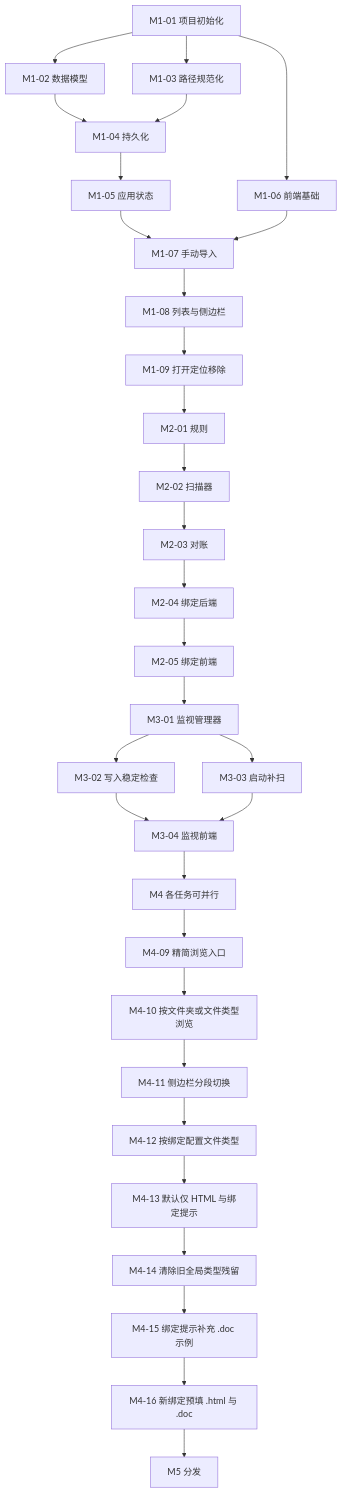
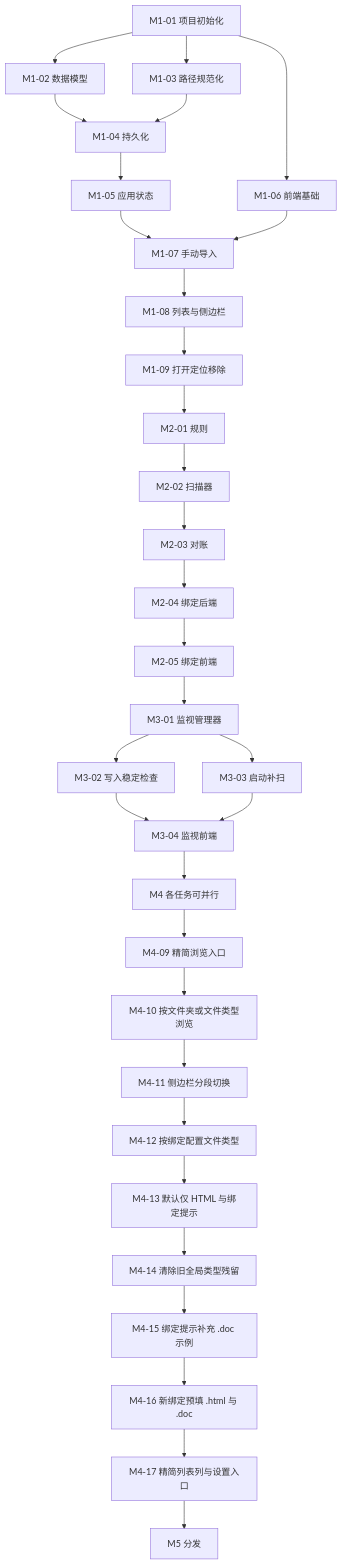
Before and after one commit to 623zhu/file_link: the diagram in docs/PLAN.md, drawn with Mermaid. The commit also changed other lines of this file and 1 other file, not shown here.

````diff
--- a/docs/PLAN.md
+++ b/docs/PLAN.md
@@ -106,36 +107,37 @@
 ```mermaid
 flowchart TD
   M1_01[M1-01 项目初始化] --> M1_02[M1-02 数据模型]
   M1_01 --> M1_03[M1-03 路径规范化]
   M1_01 --> M1_06[M1-06 前端基础]
   M1_02 --> M1_04[M1-04 持久化]
   M1_03 --> M1_04
   M1_04 --> M1_05[M1-05 应用状态]
   M1_05 --> M1_07[M1-07 手动导入]
   M1_06 --> M1_07
   M1_07 --> M1_08[M1-08 列表与侧边栏]
   M1_08 --> M1_09[M1-09 打开定位移除]
 
   M1_09 --> M2_01[M2-01 规则]
   M2_01 --> M2_02[M2-02 扫描器]
   M2_02 --> M2_03[M2-03 对账]
   M2_03 --> M2_04[M2-04 绑定后端]
   M2_04 --> M2_05[M2-05 绑定前端]
 
   M2_05 --> M3_01[M3-01 监视管理器]
   M3_01 --> M3_02[M3-02 写入稳定检查]
   M3_01 --> M3_03[M3-03 启动补扫]
   M3_02 --> M3_04[M3-04 监视前端]
   M3_03 --> M3_04
 
   M3_04 --> M4[M4 各任务可并行]
   M4 --> M4_09[M4-09 精简浏览入口]
   M4_09 --> M4_10[M4-10 按文件夹或文件类型浏览]
   M4_10 --> M4_11[M4-11 侧边栏分段切换]
   M4_11 --> M4_12[M4-12 按绑定配置文件类型]
   M4_12 --> M4_13[M4-13 默认仅 HTML 与绑定提示]
   M4_13 --> M4_14[M4-14 清除旧全局类型残留]
   M4_14 --> M4_15[M4-15 绑定提示补充 .doc 示例]
   M4_15 --> M4_16[M4-16 新绑定预填 .html 与 .doc]
-  M4_16 --> M5[M5 分发]
+  M4_16 --> M4_17[M4-17 精简列表列与设置入口]
+  M4_17 --> M5[M5 分发]
 ```
````
